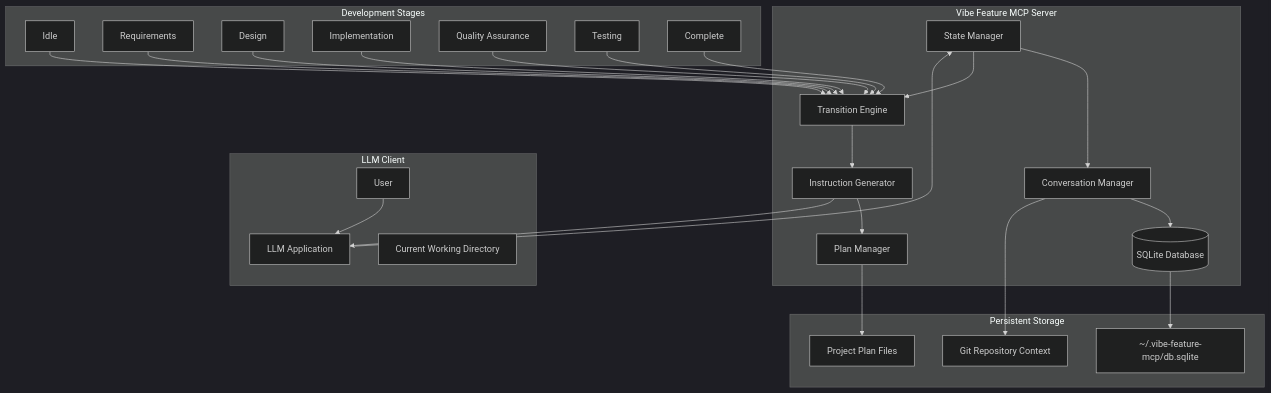
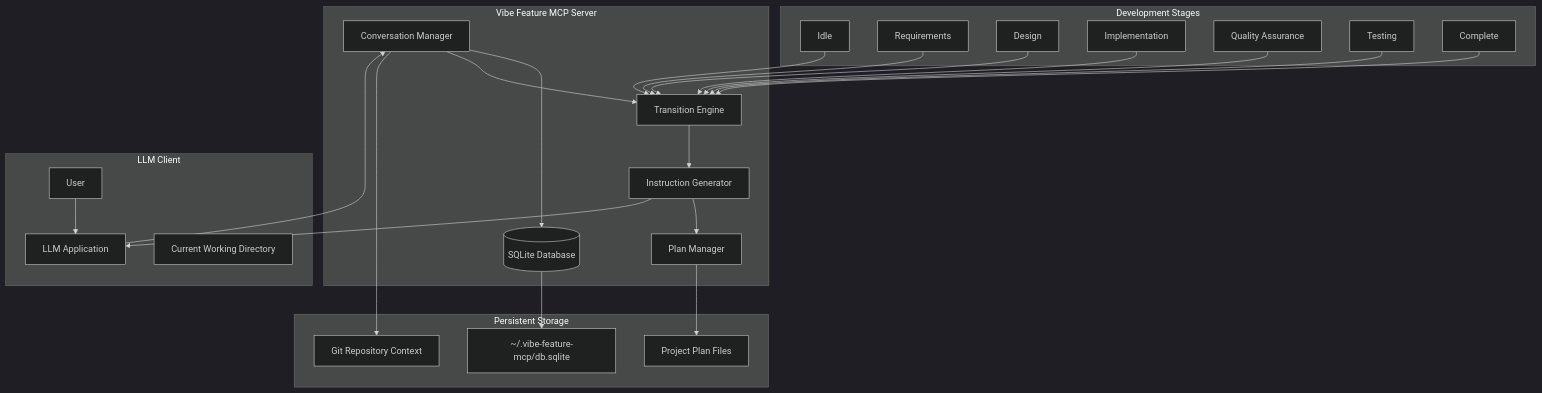
Before and after one commit to yovannyr/responsible-vibe-mcp: the first of 4 diagrams in README.md, drawn with Mermaid (dark theme). The commit also changed other lines of this file, not shown here.

````diff
--- a/README.md
+++ b/README.md
@@ -35,55 +35,53 @@
 ```mermaid
 graph TB
     subgraph "Vibe Feature MCP Server"
-        SM[State Manager]
+        CM[Conversation Manager]
         TM[Transition Engine]
         IM[Instruction Generator]
         PM[Plan Manager]
-        CM[Conversation Manager]
         DB[(SQLite Database)]
     end
     
     subgraph "Development Stages"
         IDLE[Idle]
         REQ[Requirements]
         DES[Design]
         IMP[Implementation]
         QA[Quality Assurance]
         TEST[Testing]
         COMP[Complete]
     end
     
     subgraph "Persistent Storage"
         DBFILE[~/.vibe-feature-mcp/db.sqlite]
         PF[Project Plan Files]
         GIT[Git Repository Context]
     end
     
     subgraph "LLM Client"
         LLM[LLM Application]
         USER[User]
         CWD[Current Working Directory]
     end
     
     USER --> LLM
-    LLM --> SM
-    SM --> CM
+    LLM --> CM
     CM --> DB
-    SM --> TM
+    CM --> TM
     TM --> IM
     IM --> PM
     
     DB --> DBFILE
     PM --> PF
     CM --> GIT
     
     IDLE --> TM
     REQ --> TM
     DES --> TM
     IMP --> TM
     QA --> TM
     TEST --> TM
     COMP --> TM
     
     IM --> LLM
 ```
````
